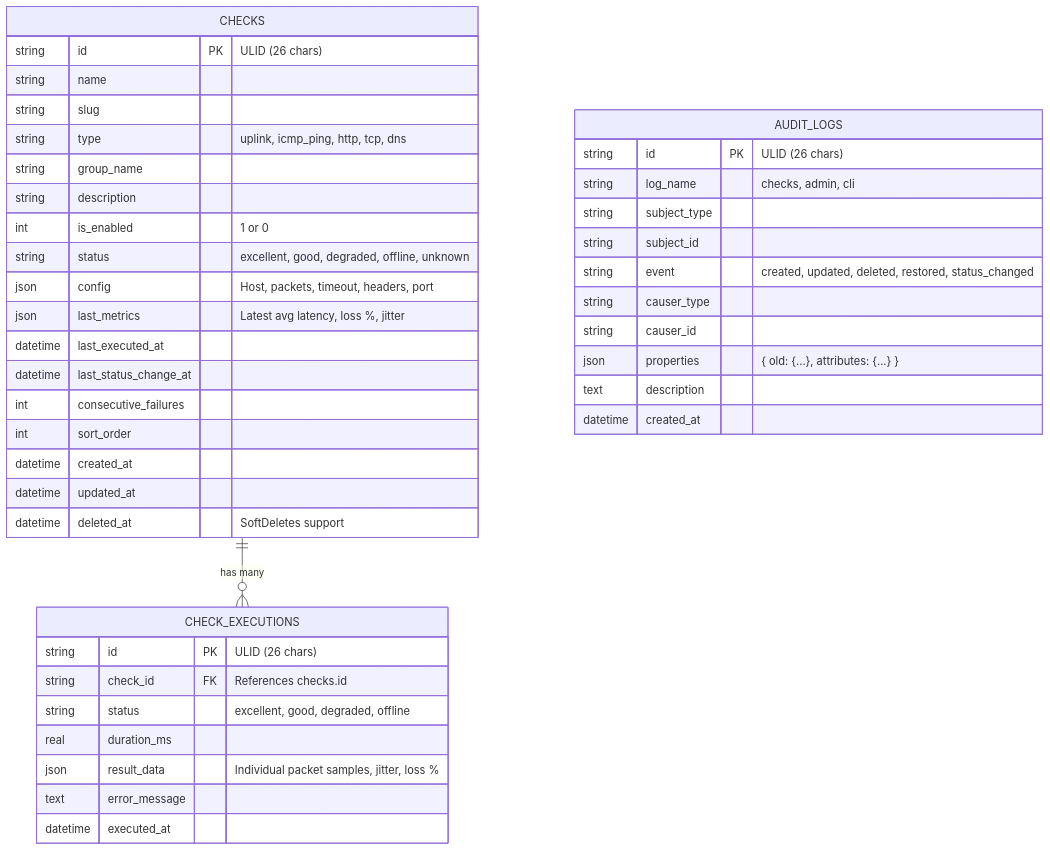
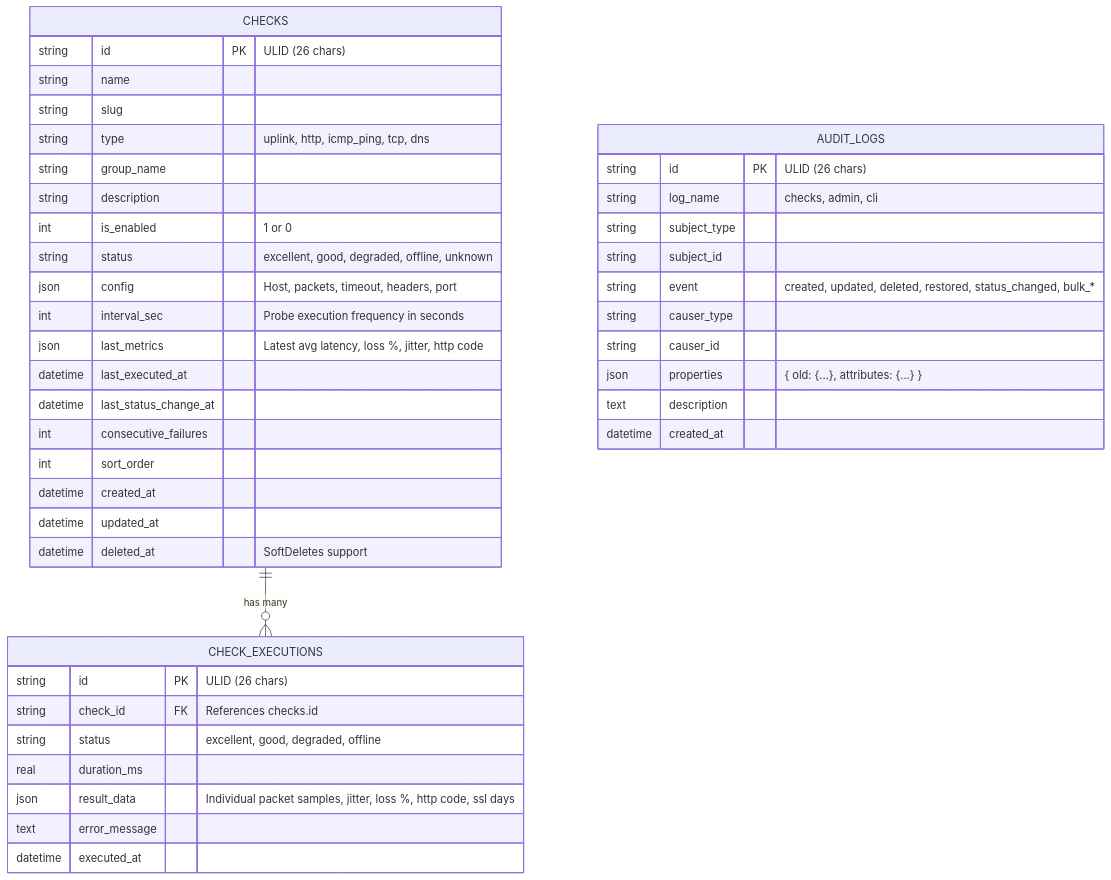
One commit to fabianternis/homelabstatus changed the diagram in docs/architecture.md. Above: the diagram before and after it, drawn with Mermaid. The commit also changed other lines of this file and 14 other files, not shown here.

````diff
--- a/docs/architecture.md
+++ b/docs/architecture.md
@@ -11,46 +11,47 @@
 ```mermaid
 erDiagram
     CHECKS ||--o{ CHECK_EXECUTIONS : "has many"
     CHECKS {
         string id PK "ULID (26 chars)"
         string name
         string slug
-        string type "uplink, icmp_ping, http, tcp, dns"
+        string type "uplink, http, icmp_ping, tcp, dns"
         string group_name
         string description
         int is_enabled "1 or 0"
         string status "excellent, good, degraded, offline, unknown"
         json config "Host, packets, timeout, headers, port"
-        json last_metrics "Latest avg latency, loss %, jitter"
+        int interval_sec "Probe execution frequency in seconds"
+        json last_metrics "Latest avg latency, loss %, jitter, http code"
         datetime last_executed_at
         datetime last_status_change_at
         int consecutive_failures
         int sort_order
         datetime created_at
         datetime updated_at
         datetime deleted_at "SoftDeletes support"
     }
 
     CHECK_EXECUTIONS {
         string id PK "ULID (26 chars)"
         string check_id FK "References checks.id"
         string status "excellent, good, degraded, offline"
         real duration_ms
-        json result_data "Individual packet samples, jitter, loss %"
+        json result_data "Individual packet samples, jitter, loss %, http code, ssl days"
         text error_message
         datetime executed_at
     }
 
     AUDIT_LOGS {
         string id PK "ULID (26 chars)"
         string log_name "checks, admin, cli"
         string subject_type
         string subject_id
-        string event "created, updated, deleted, restored, status_changed"
+        string event "created, updated, deleted, restored, status_changed, bulk_*"
         string causer_type
         string causer_id
         json properties "{ old: {...}, attributes: {...} }"
         text description
         datetime created_at
     }
 ```
````
